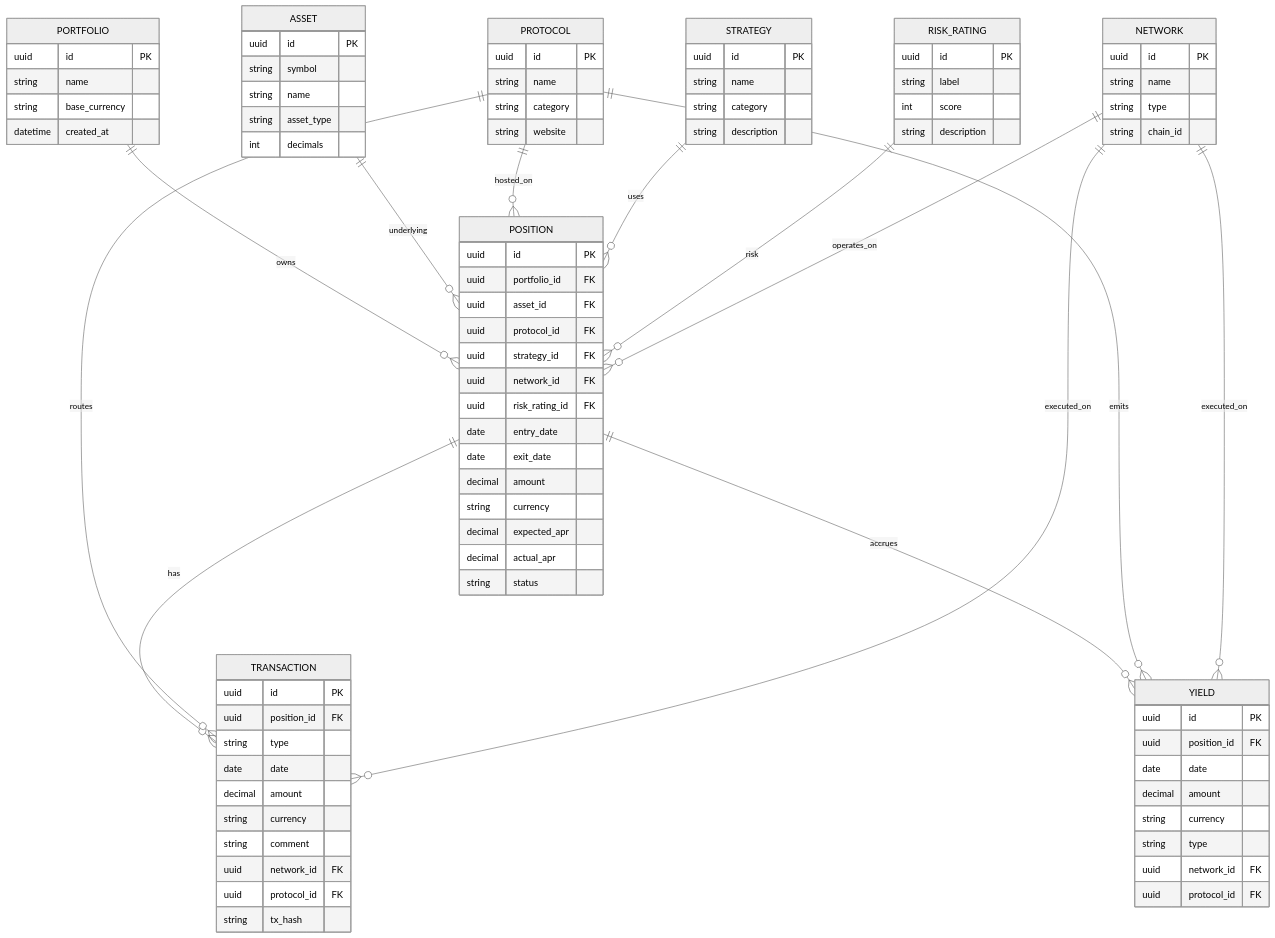
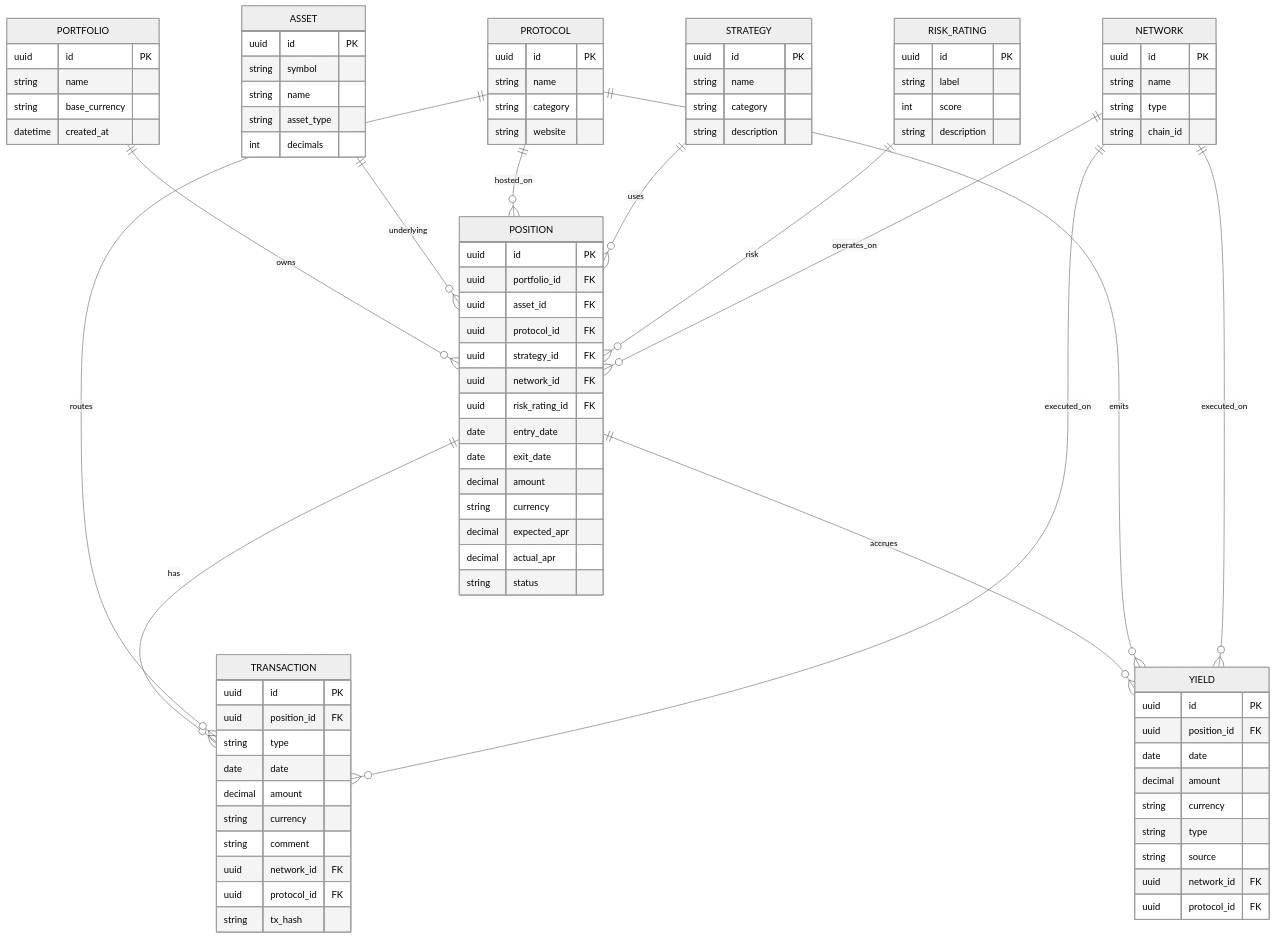
One commit to allkap/portfolio_tracker changed the diagram in docs/data-model.md. Above: the diagram before and after it, drawn with Mermaid (neutral theme). The commit also changed other lines of this file, not shown here.

Commit message:
Add yield source and APR reporting details

```diff
--- a/docs/data-model.md
+++ b/docs/data-model.md
@@ -172,6 +173,7 @@
     decimal amount
     string currency
     string type
+    string source
     uuid network_id FK
     uuid protocol_id FK
   }
```
